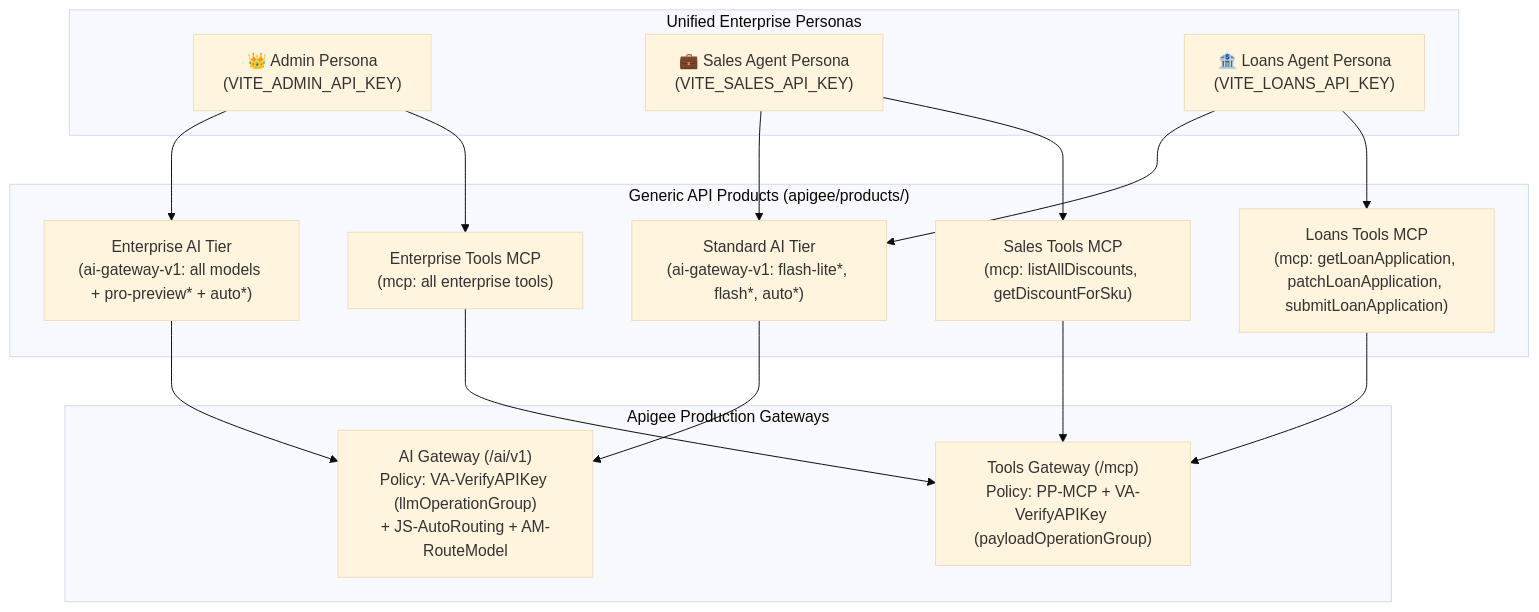
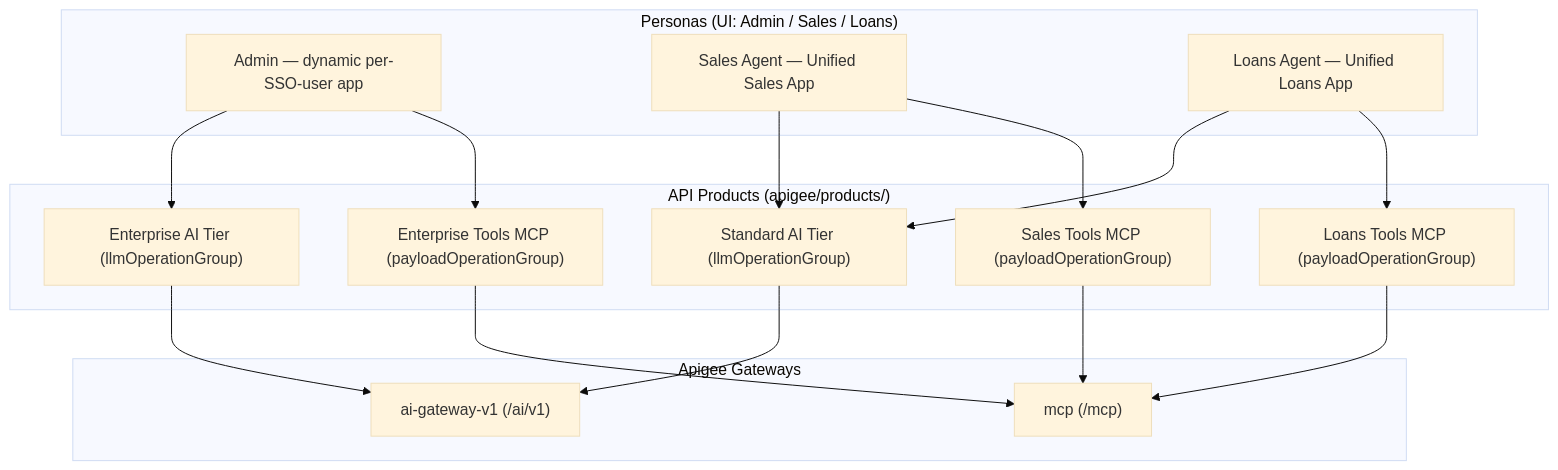
The diagram in docs/unified_credentials_and_products_reference.md (yem0428/apigee-ai-gateway-demo), drawn with Mermaid (base theme) before and after one commit. The commit also changed other lines of this file and 7 other files, not shown here.

````diff
--- a/docs/unified_credentials_and_products_reference.md
+++ b/docs/unified_credentials_and_products_reference.md
@@ -22,28 +45,28 @@
 ```mermaid
 flowchart TD
-    subgraph Personas ["Unified Enterprise Personas"]
-        Admin["👑 Admin Persona\n(VITE_ADMIN_API_KEY)"]
-        Sales["💼 Sales Agent Persona\n(VITE_SALES_API_KEY)"]
-        Loans["🏦 Loans Agent Persona\n(VITE_LOANS_API_KEY)"]
+    subgraph Personas ["Personas (UI: Admin / Sales / Loans)"]
+        Admin["Admin — dynamic per-SSO-user app"]
+        Sales["Sales Agent — Unified Sales App"]
+        Loans["Loans Agent — Unified Loans App"]
     end
 
-    subgraph Products ["Generic API Products (apigee/products/)"]
-        StdTier["Standard AI Tier\n(ai-gateway-v1: flash-lite*, flash*, auto*)"]
-        EntTier["Enterprise AI Tier\n(ai-gateway-v1: all models + pro-preview* + auto*)"]
-        SalesMCP["Sales Tools MCP\n(mcp: listAllDiscounts, getDiscountForSku)"]
-        LoansMCP["Loans Tools MCP\n(mcp: getLoanApplication, patchLoanApplication, submitLoanApplication)"]
-        EntMCP["Enterprise Tools MCP\n(mcp: all enterprise tools)"]
+    subgraph Products ["API Products (apigee/products/)"]
+        StdTier["Standard AI Tier (llmOperationGroup)"]
+        EntTier["Enterprise AI Tier (llmOperationGroup)"]
+        SalesMCP["Sales Tools MCP (payloadOperationGroup)"]
+        LoansMCP["Loans Tools MCP (payloadOperationGroup)"]
+        EntMCP["Enterprise Tools MCP (payloadOperationGroup)"]
     end
 
-    subgraph Gateways ["Apigee Production Gateways"]
-        AIGateway["AI Gateway (/ai/v1)\nPolicy: VA-VerifyAPIKey (llmOperationGroup)\n+ JS-AutoRouting + AM-RouteModel"]
-        MCPGateway["Tools Gateway (/mcp)\nPolicy: PP-MCP + VA-VerifyAPIKey (payloadOperationGroup)"]
+    subgraph Gateways ["Apigee Gateways"]
+        AIGateway["ai-gateway-v1 (/ai/v1)"]
+        MCPGateway["mcp (/mcp)"]
     end
 
     Admin --> EntTier & EntMCP
     Sales --> StdTier & SalesMCP
     Loans --> StdTier & LoansMCP
 
     EntTier & StdTier --> AIGateway
     EntMCP & SalesMCP & LoansMCP --> MCPGateway
 ```
````
